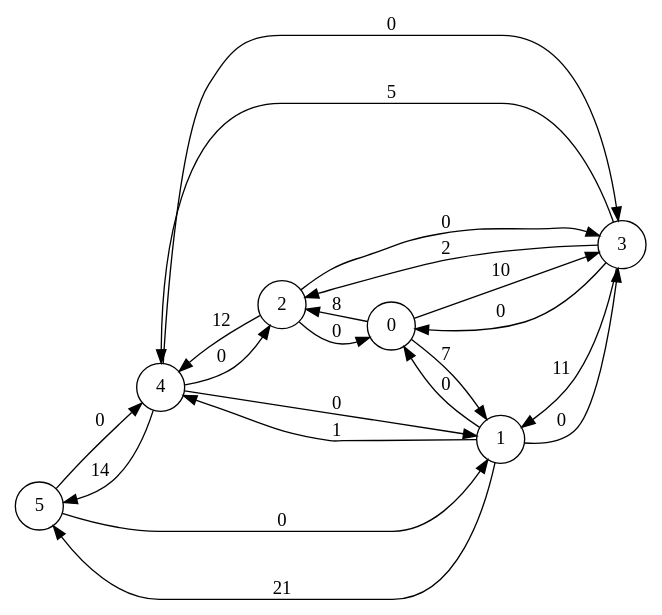
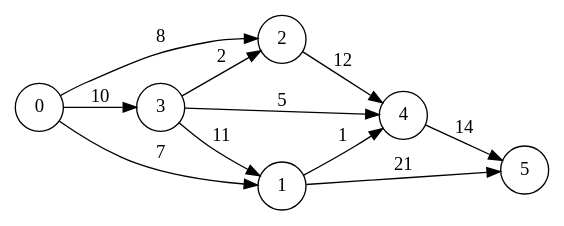
Before and after one commit to marietousarr/projetocaml: the diagram in ocaml-maxflow-project-master/graphs/format.gv, drawn with Graphviz. The commit also changed 3 other files, not shown here.

```diff
--- a/ocaml-maxflow-project-master/graphs/format.gv
+++ b/ocaml-maxflow-project-master/graphs/format.gv
@@ -1,25 +1,15 @@
 digraph gr {
 	rankdir = LR; 
-	size="20"
+	size="8,5"
 	node[shape =circle];
-	5 -> 4 [label = "0"];
-	5 -> 1 [label = "0"];
+	0 -> 2 [label = "8"];
+	0 -> 3 [label = "10"];
+	0 -> 1 [label = "7"];
+	2 -> 4 [label = "12"];
+	3 -> 4 [label = "5"];
+	3 -> 2 [label = "2"];
+	3 -> 1 [label = "11"];
+	1 -> 4 [label = "1"];
+	1 -> 5 [label = "21"];
 	4 -> 5 [label = "14"];
-	4 -> 1 [label = "0"];
-	4 -> 3 [label = "0"];
-	4 -> 2 [label = "0"];
-	1 -> 5 [label = "21"];
-	1 -> 4 [label = "1"];
-	1 -> 3 [label = "0"];
-	1 -> 0 [label = "0"];
-	3 -> 1 [label = "11"];
-	3 -> 2 [label = "2"];
-	3 -> 4 [label = "5"];
-	3 -> 0 [label = "0"];
-	0 -> 1 [label = "7"];
-	0 -> 3 [label = "10"];
-	0 -> 2 [label = "8"];
-	2 -> 3 [label = "0"];
-	2 -> 4 [label = "12"];
-	2 -> 0 [label = "0"];
 }
```
